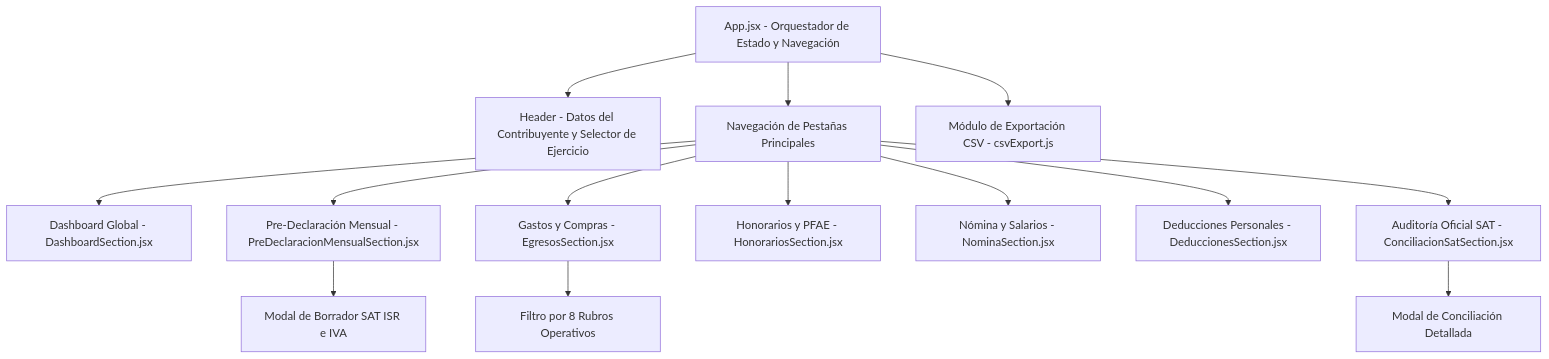
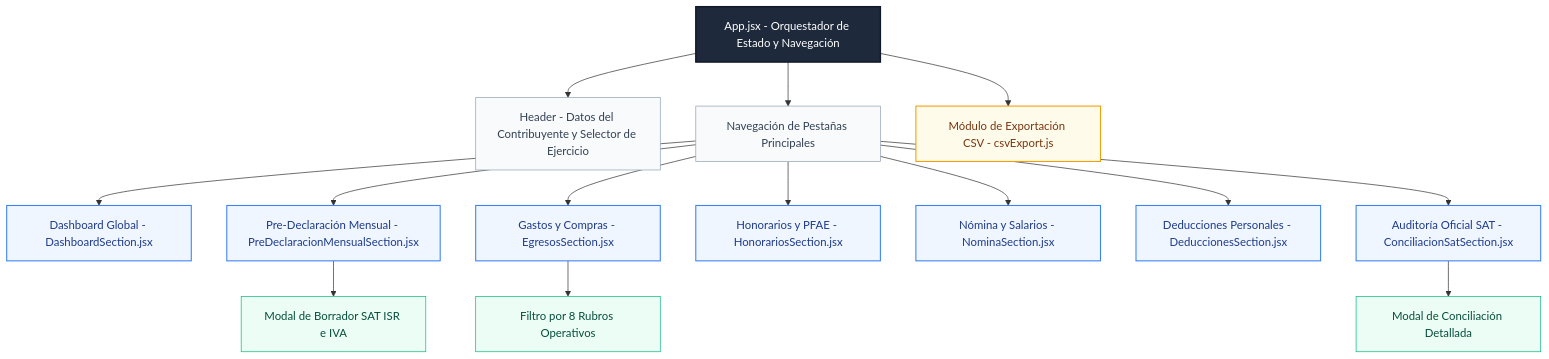
One commit to shellaquiles/tribuTACOS changed the diagram in docs/06_frontend_ux_componentes.md. Above: the diagram before and after it, drawn with Mermaid. The commit also changed 6 other files, not shown here.

Commit message:
refactor: standardize documentation diagrams with vertical orientation and consistent color-coded styling

````diff
--- a/docs/06_frontend_ux_componentes.md
+++ b/docs/06_frontend_ux_componentes.md
@@ -11,18 +11,30 @@
 ```mermaid
 graph TD
     App[App.jsx - Orquestador de Estado y Navegación] --> Header[Header - Datos del Contribuyente y Selector de Ejercicio]
     App --> Tabs[Navegación de Pestañas Principales]
     
     Tabs --> Tab1[Dashboard Global - DashboardSection.jsx]
     Tabs --> Tab2[Pre-Declaración Mensual - PreDeclaracionMensualSection.jsx]
     Tabs --> Tab3[Gastos y Compras - EgresosSection.jsx]
     Tabs --> Tab4[Honorarios y PFAE - HonorariosSection.jsx]
     Tabs --> Tab5[Nómina y Salarios - NominaSection.jsx]
     Tabs --> Tab6[Deducciones Personales - DeduccionesSection.jsx]
     Tabs --> Tab7[Auditoría Oficial SAT - ConciliacionSatSection.jsx]
 
     Tab2 --> ModalProv[Modal de Borrador SAT ISR e IVA]
     Tab3 --> FilterRubro[Filtro por 8 Rubros Operativos]
     Tab7 --> ModalConcil[Modal de Conciliación Detallada]
     App --> Export[Módulo de Exportación CSV - csvExport.js]
+
+    classDef mainNode fill:#1e293b,stroke:#0f172a,stroke-width:2px,color:#ffffff;
+    classDef headerNode fill:#f8fafc,stroke:#94a3b8,stroke-width:1px,color:#334155;
+    classDef tabNode fill:#eff6ff,stroke:#3b82f6,stroke-width:1.5px,color:#1e3a8a;
+    classDef subNode fill:#ecfdf5,stroke:#10b981,stroke-width:1px,color:#064e3b;
+    classDef exportNode fill:#fffbeb,stroke:#f59e0b,stroke-width:1.5px,color:#78350f;
+
+    class App mainNode;
+    class Header,Tabs headerNode;
+    class Tab1,Tab2,Tab3,Tab4,Tab5,Tab6,Tab7 tabNode;
+    class ModalProv,FilterRubro,ModalConcil subNode;
+    class Export exportNode;
 ```
````
